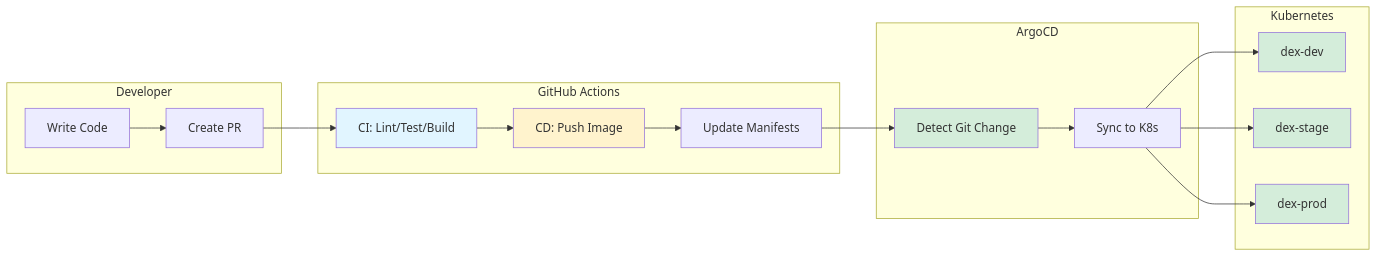
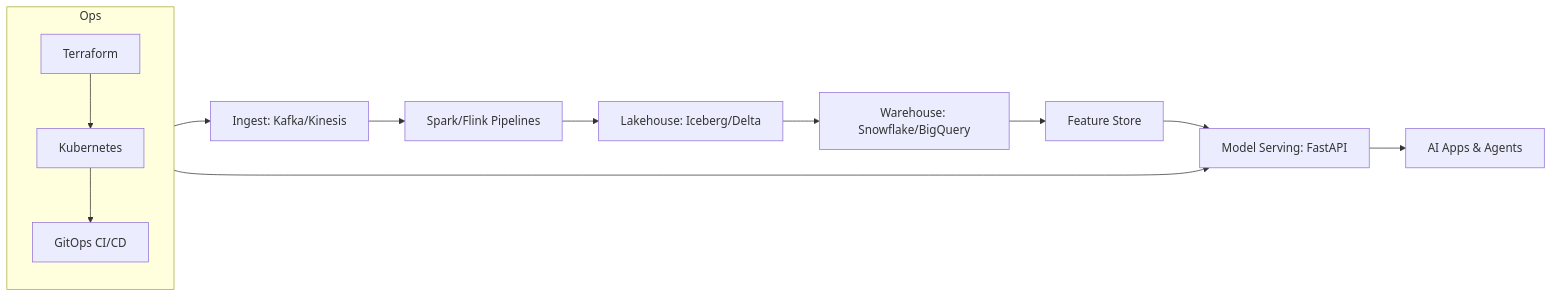
The diagram in Readme.md (data-literate/DEX), drawn with Mermaid before and after one commit. The commit also changed other lines of this file and 14 other files, not shown here.

````diff
--- a/Readme.md
+++ b/Readme.md
@@ -93,30 +11,15 @@
 ```mermaid
 flowchart LR
-    subgraph "Developer"
-        Code[Write Code] --> PR[Create PR]
+    Ingest[Ingest: Kafka/Kinesis] --> Process[Spark/Flink Pipelines]
+    Process --> Lakehouse[Lakehouse: Iceberg/Delta]
+    Lakehouse --> Warehouse[Warehouse: Snowflake/BigQuery]
+    Warehouse --> Features[Feature Store]
+    Features --> Serve[Model Serving: FastAPI]
+    Serve --> Apps[AI Apps & Agents]
+    subgraph Ops
+        Terraform[Terraform] --> K8s[Kubernetes]
+        K8s --> GitOps[GitOps CI/CD]
     end
-    
-    subgraph "GitHub Actions"
-        PR --> CI[CI: Lint/Test/Build]
-        CI --> CD[CD: Push Image]
-        CD --> Update[Update Manifests]
-    end
-    
-    subgraph "ArgoCD"
-        Update --> Argo[Detect Git Change]
-        Argo --> Sync[Sync to K8s]
-    end
-    
-    subgraph "Kubernetes"
-        Sync --> Dev[dex-dev]
-        Sync --> Stage[dex-stage]
-        Sync --> Prod[dex-prod]
-    end
-    
-    style CI fill:#e1f5ff
-    style CD fill:#fff3cd
-    style Argo fill:#d4edda
-    style Dev fill:#d4edda
-    style Stage fill:#d4edda
-    style Prod fill:#d4edda
+    Ops --> Ingest
+    Ops --> Serve
 ```
````
